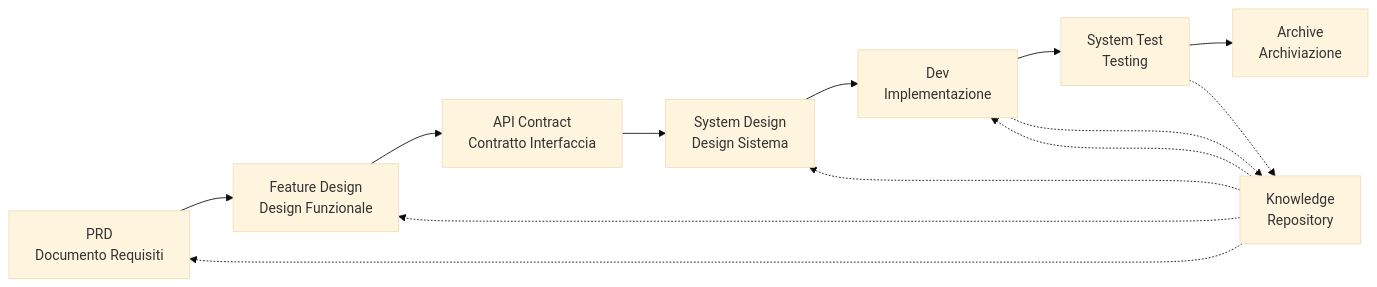
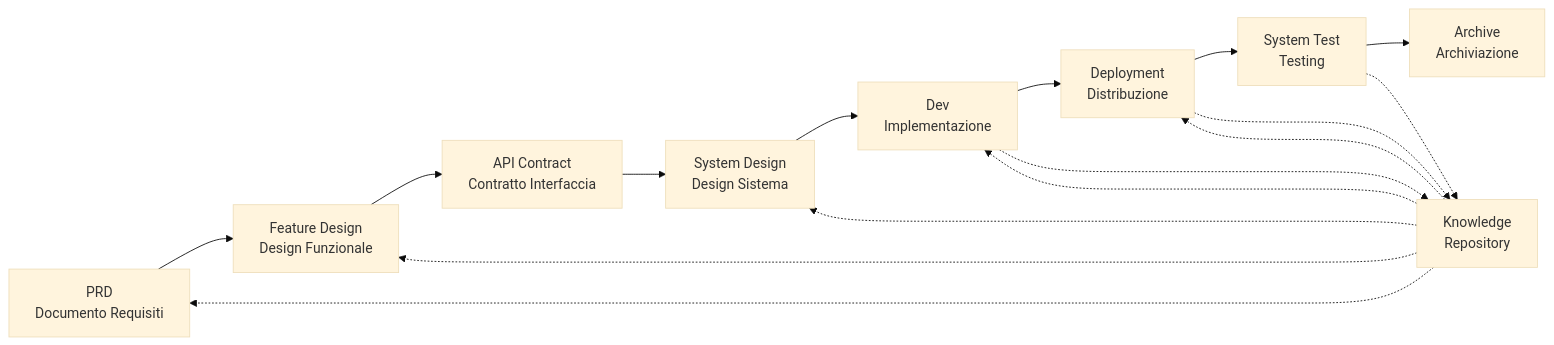
One commit to charlesmu99/speccrew changed the diagram in README.it.md. Above: the diagram before and after it, drawn with Mermaid (base theme). The commit also changed other lines of this file and 35 other files, not shown here.

````diff
--- a/README.it.md
+++ b/README.it.md
@@ -166,17 +166,20 @@
 ```mermaid
 graph LR
     A[PRD<br/>Documento Requisiti] --> B[Feature Design<br/>Design Funzionale]
     B --> C[API Contract<br/>Contratto Interfaccia]
     C --> D[System Design<br/>Design Sistema]
     D --> E[Dev<br/>Implementazione]
-    E --> F[System Test<br/>Testing]
-    F --> G[Archive<br/>Archiviazione]
+    E --> F[Deployment<br/>Distribuzione]
+    F --> G[System Test<br/>Testing]
+    G --> H[Archive<br/>Archiviazione]
     
-    H[Knowledge<br/>Repository] -.-> A
-    H -.-> B
-    H -.-> D
-    H -.-> E
+    I[Knowledge<br/>Repository] -.-> A
+    I -.-> B
+    I -.-> D
+    I -.-> E
+    I -.-> F
     
-    E -.-> H
-    F -.-> H
+    E -.-> I
+    F -.-> I
+    G -.-> I
 ```
````
